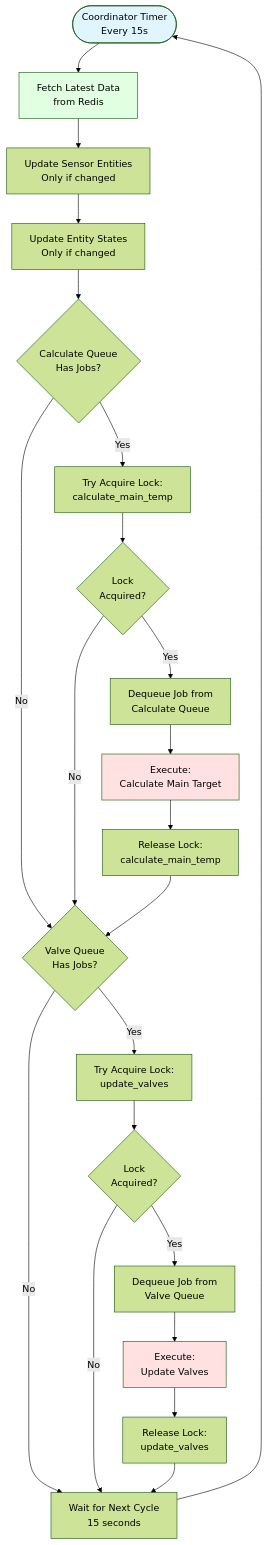
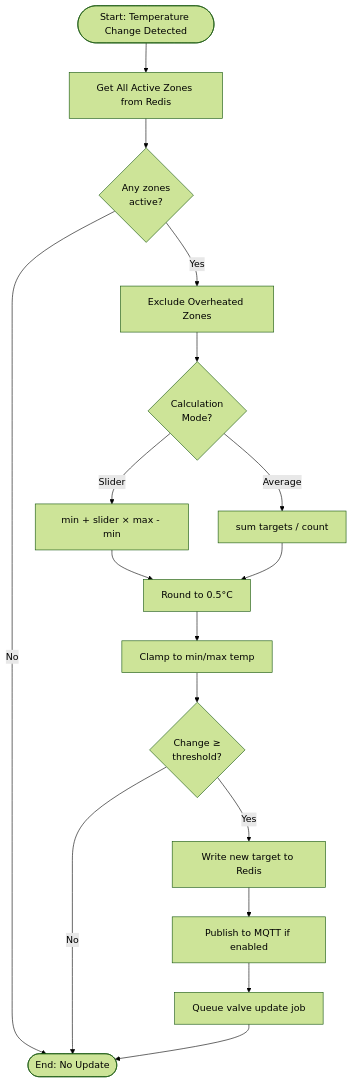
One commit to Chester929/ha_multizone_climate changed the fourth of 6 diagrams in DIAGRAMS.md. Above: the diagram before and after it, drawn with Mermaid (forest theme). The commit also changed other lines of this file and 26 other files, not shown here.

````diff
--- a/DIAGRAMS.md
+++ b/DIAGRAMS.md
@@ -728,43 +475,24 @@
 ```mermaid
 flowchart TD
-    Start([Coordinator Timer<br/>Every 15s]) --> FetchRedis[Fetch Latest Data<br/>from Redis]
+    Start([Start: Temperature Change Detected]) --> GetZones[Get All Active Zones from Redis]
+    GetZones --> CheckZones{Any zones<br/>active?}
+    CheckZones -->|No| End([End: No Update])
+    CheckZones -->|Yes| FilterOverheated[Exclude Overheated Zones]
     
-    FetchRedis --> UpdateSensors[Update Sensor Entities<br/>Only if changed]
+    FilterOverheated --> CheckMode{Calculation<br/>Mode?}
     
-    UpdateSensors --> UpdateStates[Update Entity States<br/>Only if changed]
+    CheckMode -->|Slider| CalcSlider[min + slider × max - min]
+    CheckMode -->|Average| CalcAverage[sum targets / count]
     
-    UpdateStates --> CheckCalcQ{Calculate Queue<br/>Has Jobs?}
+    CalcSlider --> Round[Round to 0.5°C]
+    CalcAverage --> Round
     
-    CheckCalcQ -->|No| CheckValveQ
-    CheckCalcQ -->|Yes| TryCalcLock[Try Acquire Lock:<br/>calculate_main_temp]
+    Round --> Clamp[Clamp to min/max temp]
+    Clamp --> CheckThreshold{Change ≥<br/>threshold?}
     
-    TryCalcLock --> CalcLocked{Lock<br/>Acquired?}
-    CalcLocked -->|No| CheckValveQ
-    CalcLocked -->|Yes| DequeueCalc[Dequeue Job from<br/>Calculate Queue]
-    
-    DequeueCalc --> ExecCalc[Execute:<br/>Calculate Main Target]
-    
-    ExecCalc --> ReleaseCalcLock[Release Lock:<br/>calculate_main_temp]
-    
-    ReleaseCalcLock --> CheckValveQ{Valve Queue<br/>Has Jobs?}
-    
-    CheckValveQ -->|No| Wait
-    CheckValveQ -->|Yes| TryValveLock[Try Acquire Lock:<br/>update_valves]
-    
-    TryValveLock --> ValveLocked{Lock<br/>Acquired?}
-    ValveLocked -->|No| Wait
-    ValveLocked -->|Yes| DequeueValve[Dequeue Job from<br/>Valve Queue]
-    
-    DequeueValve --> ExecValve[Execute:<br/>Update Valves]
-    
-    ExecValve --> ReleaseValveLock[Release Lock:<br/>update_valves]
-    
-    ReleaseValveLock --> Wait[Wait for Next Cycle<br/>15 seconds]
-    
-    Wait --> Start
-    
-    style Start fill:#e1f5ff
-    style FetchRedis fill:#e1ffe1
-    style ExecCalc fill:#ffe1e1
-    style ExecValve fill:#ffe1e1
+    CheckThreshold -->|No| End
+    CheckThreshold -->|Yes| UpdateRedis[Write new target to Redis]
+    UpdateRedis --> PublishMQTT[Publish to MQTT if enabled]
+    PublishMQTT --> QueueValve[Queue valve update job]
+    QueueValve --> End
 ```
````
